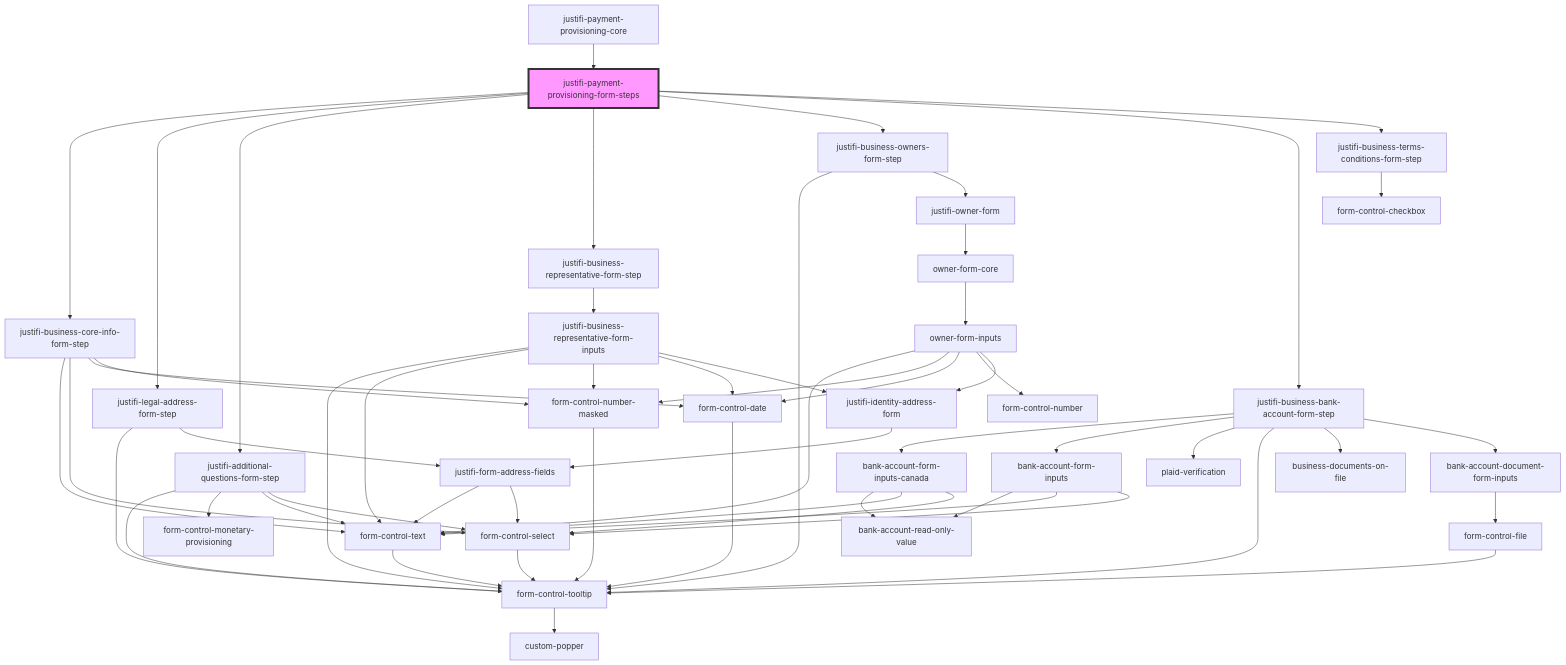
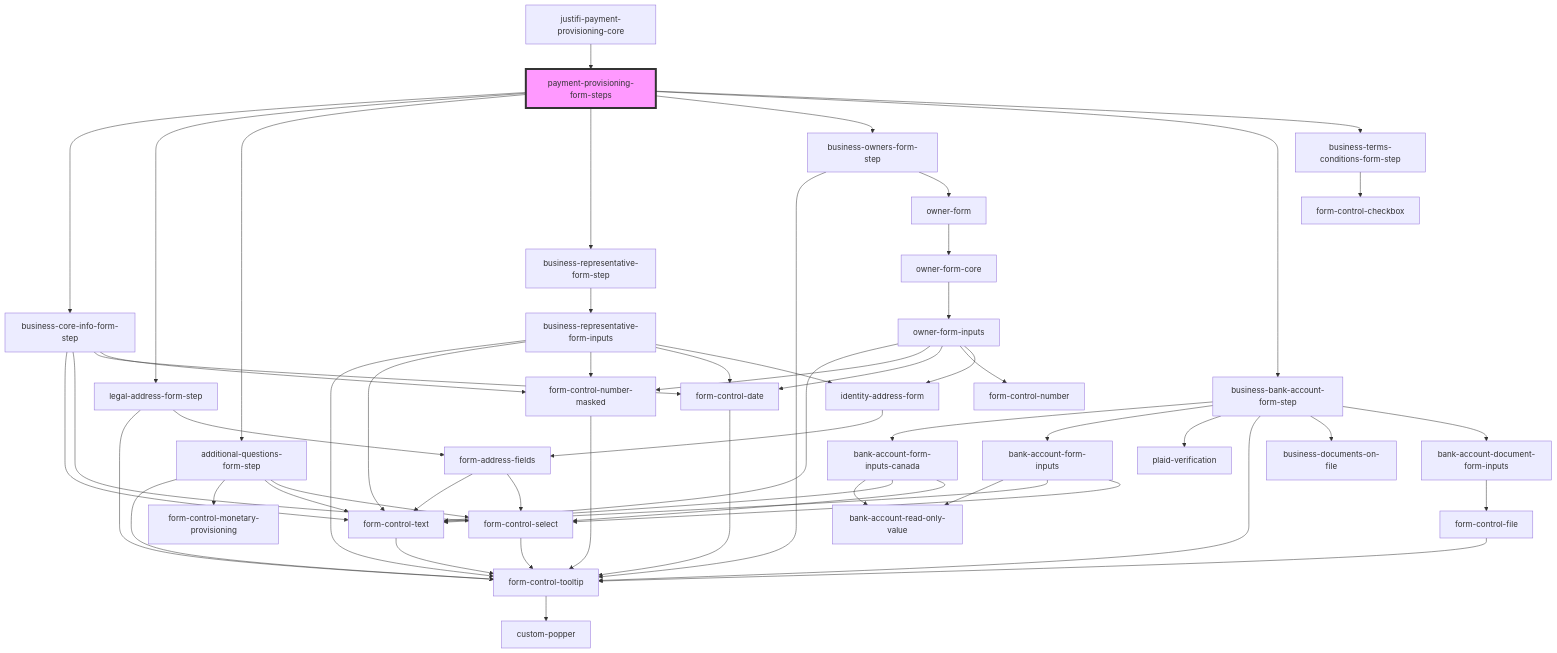
Before and after one commit to justifi-tech/web-component-library: the diagram in packages/webcomponents/src/components/business-forms/payment-provisioning/readme.md, drawn with Mermaid. The commit also changed other lines of this file and 236 other files, not shown here.

````diff
--- a/packages/webcomponents/src/components/business-forms/payment-provisioning/readme.md
+++ b/packages/webcomponents/src/components/business-forms/payment-provisioning/readme.md
@@ -54,60 +54,60 @@
 ```mermaid
 graph TD;
-  justifi-payment-provisioning-form-steps --> justifi-business-core-info-form-step
-  justifi-payment-provisioning-form-steps --> justifi-legal-address-form-step
-  justifi-payment-provisioning-form-steps --> justifi-additional-questions-form-step
-  justifi-payment-provisioning-form-steps --> justifi-business-representative-form-step
-  justifi-payment-provisioning-form-steps --> justifi-business-owners-form-step
-  justifi-payment-provisioning-form-steps --> justifi-business-bank-account-form-step
-  justifi-payment-provisioning-form-steps --> justifi-business-terms-conditions-form-step
-  justifi-business-core-info-form-step --> form-control-text
-  justifi-business-core-info-form-step --> form-control-select
-  justifi-business-core-info-form-step --> form-control-date
-  justifi-business-core-info-form-step --> form-control-number-masked
+  payment-provisioning-form-steps --> business-core-info-form-step
+  payment-provisioning-form-steps --> legal-address-form-step
+  payment-provisioning-form-steps --> additional-questions-form-step
+  payment-provisioning-form-steps --> business-representative-form-step
+  payment-provisioning-form-steps --> business-owners-form-step
+  payment-provisioning-form-steps --> business-bank-account-form-step
+  payment-provisioning-form-steps --> business-terms-conditions-form-step
+  business-core-info-form-step --> form-control-text
+  business-core-info-form-step --> form-control-select
+  business-core-info-form-step --> form-control-date
+  business-core-info-form-step --> form-control-number-masked
   form-control-text --> form-control-tooltip
   form-control-tooltip --> custom-popper
   form-control-select --> form-control-tooltip
   form-control-date --> form-control-tooltip
   form-control-number-masked --> form-control-tooltip
-  justifi-legal-address-form-step --> form-control-tooltip
-  justifi-legal-address-form-step --> justifi-form-address-fields
-  justifi-form-address-fields --> form-control-text
-  justifi-form-address-fields --> form-control-select
-  justifi-additional-questions-form-step --> form-control-tooltip
-  justifi-additional-questions-form-step --> form-control-monetary-provisioning
-  justifi-additional-questions-form-step --> form-control-text
-  justifi-additional-questions-form-step --> form-control-select
-  justifi-business-representative-form-step --> justifi-business-representative-form-inputs
-  justifi-business-representative-form-inputs --> form-control-tooltip
-  justifi-business-representative-form-inputs --> form-control-text
-  justifi-business-representative-form-inputs --> form-control-number-masked
-  justifi-business-representative-form-inputs --> form-control-date
-  justifi-business-representative-form-inputs --> justifi-identity-address-form
-  justifi-identity-address-form --> justifi-form-address-fields
-  justifi-business-owners-form-step --> form-control-tooltip
-  justifi-business-owners-form-step --> justifi-owner-form
-  justifi-owner-form --> owner-form-core
+  legal-address-form-step --> form-control-tooltip
+  legal-address-form-step --> form-address-fields
+  form-address-fields --> form-control-text
+  form-address-fields --> form-control-select
+  additional-questions-form-step --> form-control-tooltip
+  additional-questions-form-step --> form-control-monetary-provisioning
+  additional-questions-form-step --> form-control-text
+  additional-questions-form-step --> form-control-select
+  business-representative-form-step --> business-representative-form-inputs
+  business-representative-form-inputs --> form-control-tooltip
+  business-representative-form-inputs --> form-control-text
+  business-representative-form-inputs --> form-control-number-masked
+  business-representative-form-inputs --> form-control-date
+  business-representative-form-inputs --> identity-address-form
+  identity-address-form --> form-address-fields
+  business-owners-form-step --> form-control-tooltip
+  business-owners-form-step --> owner-form
+  owner-form --> owner-form-core
   owner-form-core --> owner-form-inputs
   owner-form-inputs --> form-control-text
   owner-form-inputs --> form-control-number-masked
   owner-form-inputs --> form-control-date
   owner-form-inputs --> form-control-number
-  owner-form-inputs --> justifi-identity-address-form
-  justifi-business-bank-account-form-step --> bank-account-form-inputs-canada
-  justifi-business-bank-account-form-step --> bank-account-form-inputs
-  justifi-business-bank-account-form-step --> plaid-verification
-  justifi-business-bank-account-form-step --> form-control-tooltip
-  justifi-business-bank-account-form-step --> business-documents-on-file
-  justifi-business-bank-account-form-step --> bank-account-document-form-inputs
+  owner-form-inputs --> identity-address-form
+  business-bank-account-form-step --> bank-account-form-inputs-canada
+  business-bank-account-form-step --> bank-account-form-inputs
+  business-bank-account-form-step --> plaid-verification
+  business-bank-account-form-step --> form-control-tooltip
+  business-bank-account-form-step --> business-documents-on-file
+  business-bank-account-form-step --> bank-account-document-form-inputs
   bank-account-form-inputs-canada --> bank-account-read-only-value
   bank-account-form-inputs-canada --> form-control-text
   bank-account-form-inputs-canada --> form-control-select
   bank-account-form-inputs --> bank-account-read-only-value
   bank-account-form-inputs --> form-control-text
   bank-account-form-inputs --> form-control-select
   bank-account-document-form-inputs --> form-control-file
   form-control-file --> form-control-tooltip
-  justifi-business-terms-conditions-form-step --> form-control-checkbox
-  justifi-payment-provisioning-core --> justifi-payment-provisioning-form-steps
-  style justifi-payment-provisioning-form-steps fill:#f9f,stroke:#333,stroke-width:4px
+  business-terms-conditions-form-step --> form-control-checkbox
+  justifi-payment-provisioning-core --> payment-provisioning-form-steps
+  style payment-provisioning-form-steps fill:#f9f,stroke:#333,stroke-width:4px
 ```
````
